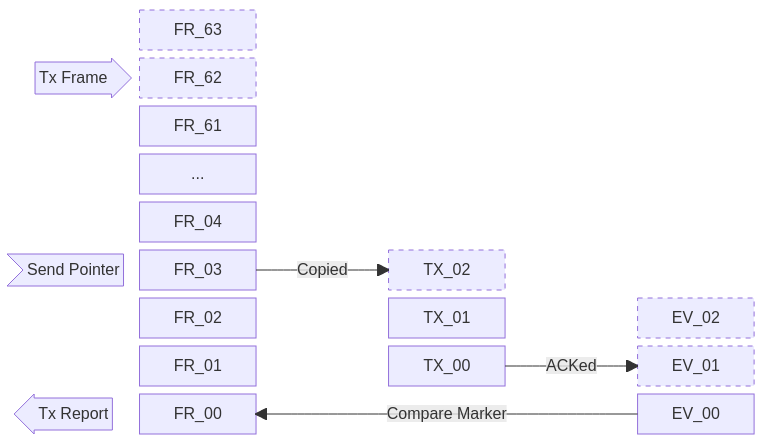
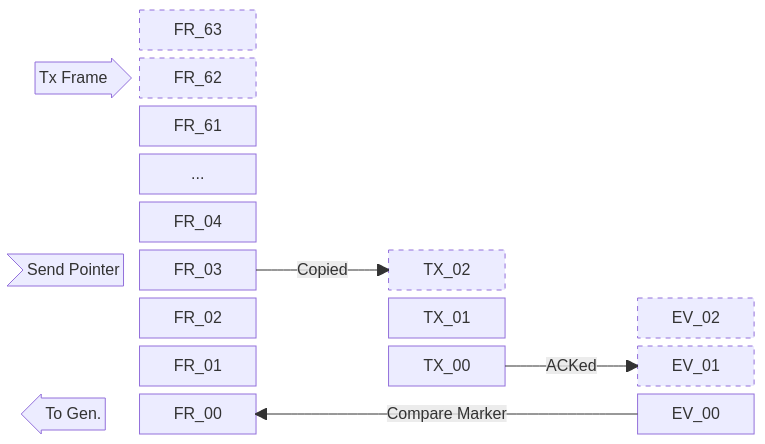
The eighth of 8 diagrams in doc/7.-Buffer-Strategy.md (Nakakiyo092/usb2canfdv1), drawn with Mermaid before and after one commit. The commit also changed other lines of this file, not shown here.

````diff
--- a/doc/7.-Buffer-Strategy.md
+++ b/doc/7.-Buffer-Strategy.md
@@ -78,24 +146,24 @@
 ```mermaid
 block
   columns 6
 
   space                              FR_63  space  space  space  space
   blockArrowId1<["Tx Frame"]>(right) FR_62  space  space  space  space
   space                              FR_61  space  space  space  space
   space                              ...    space  space  space  space
   space                              FR_04  space  space  space  space
   id5>"Send Pointer"]                FR_03  space  TX_02  space  space
   space                              FR_02  space  TX_01  space  EV_02
   space                              FR_01  space  TX_00  space  EV_01
-  blockArrowId2<["Tx Report"]>(left) FR_00  space  space  space  EV_00
+  blockArrowId2<["To Gen."]>(left)   FR_00  space  space  space  EV_00
 
   FR_03 -- "Copied" --> TX_02
   TX_00 -- "ACKed" --> EV_01
   EV_00 -- "Compare Marker" --> FR_00
 
   style FR_63 stroke-dasharray: 5 5
   style FR_62 stroke-dasharray: 5 5
   style TX_02 stroke-dasharray: 5 5
   style EV_02 stroke-dasharray: 5 5
   style EV_01 stroke-dasharray: 5 5
 ```
````
